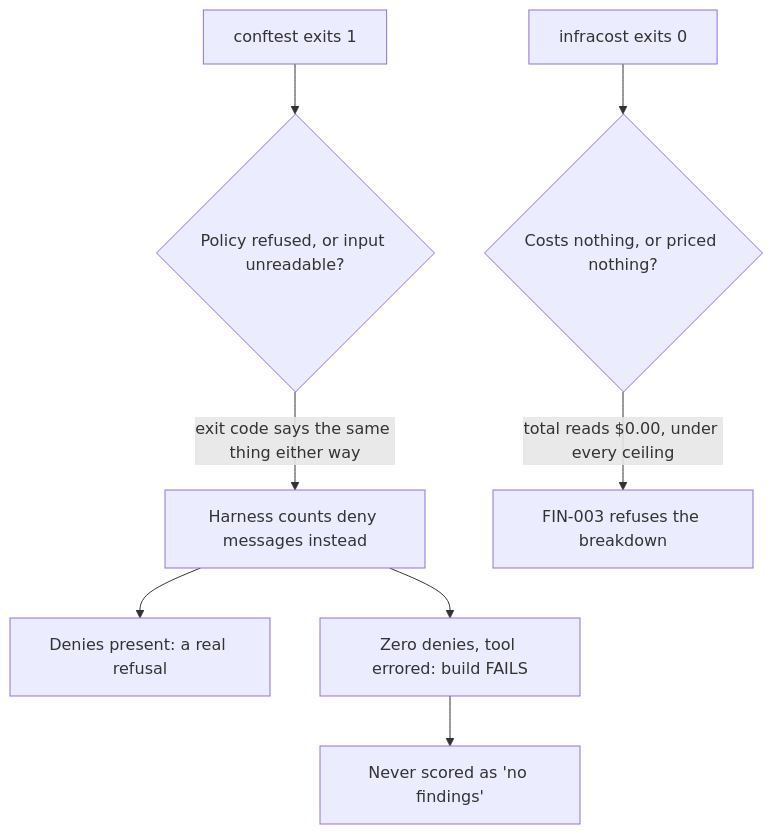
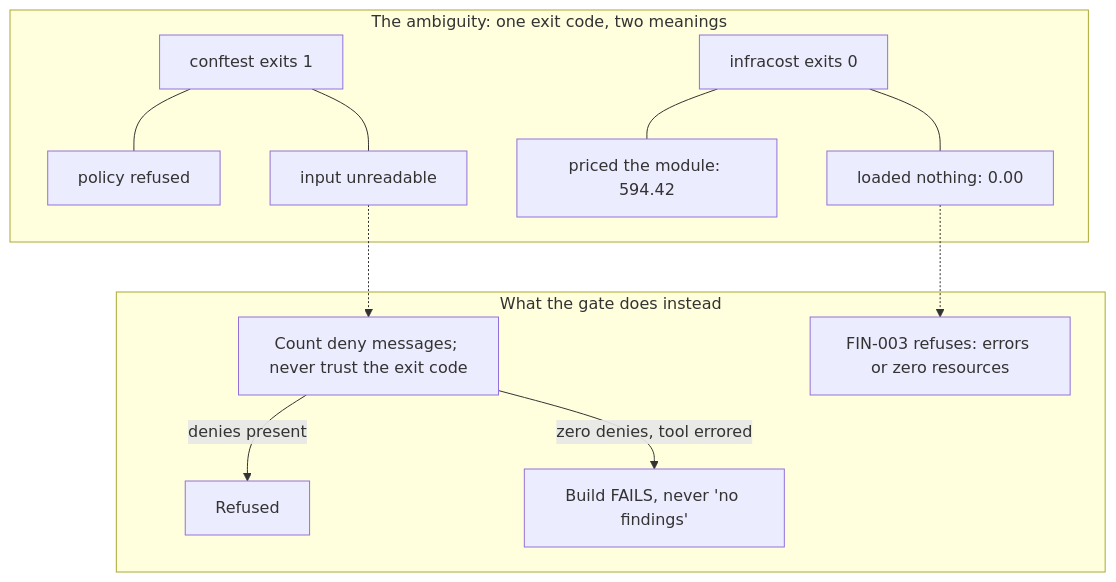
The second of 5 diagrams in README.md (hossainpazooki/network-as-code), drawn with Mermaid before and after one commit. The commit also changed other lines of this file, not shown here.

Commit message:
docs: README for a skimming reader, Terraform first, diagrams redone

````diff
--- a/README.md
+++ b/README.md
@@ -56,11 +78,17 @@
 ```mermaid
 flowchart TD
-    A["conftest exits 1"] --> B{"Policy refused, or input unreadable?"}
-    B -->|exit code says the same thing either way| C["Harness counts deny messages instead"]
-    C --> D["Denies present: a real refusal"]
-    C --> E["Zero denies, tool errored: build FAILS"]
-    E --> F["Never scored as 'no findings'"]
-
-    G["infracost exits 0"] --> H{"Costs nothing, or priced nothing?"}
-    H -->|total reads $0.00, under every ceiling| I["FIN-003 refuses the breakdown"]
+    subgraph amb["The ambiguity: one exit code, two meanings"]
+        A["conftest exits 1"] --- A1["policy refused"]
+        A --- A2["input unreadable"]
+        B["infracost exits 0"] --- B1["priced the module: 594.42"]
+        B --- B2["loaded nothing: 0.00"]
+    end
+    subgraph gate["What the gate does instead"]
+        C["Count deny messages; never trust the exit code"]
+        C -->|denies present| D["Refused"]
+        C -->|zero denies, tool errored| E["Build FAILS, never 'no findings'"]
+        F["FIN-003 refuses: errors or zero resources"]
+    end
+    A2 -.-> C
+    B2 -.-> F
 ```
````
